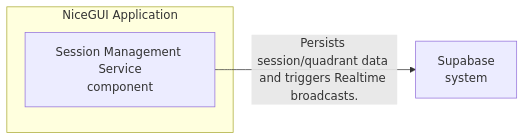
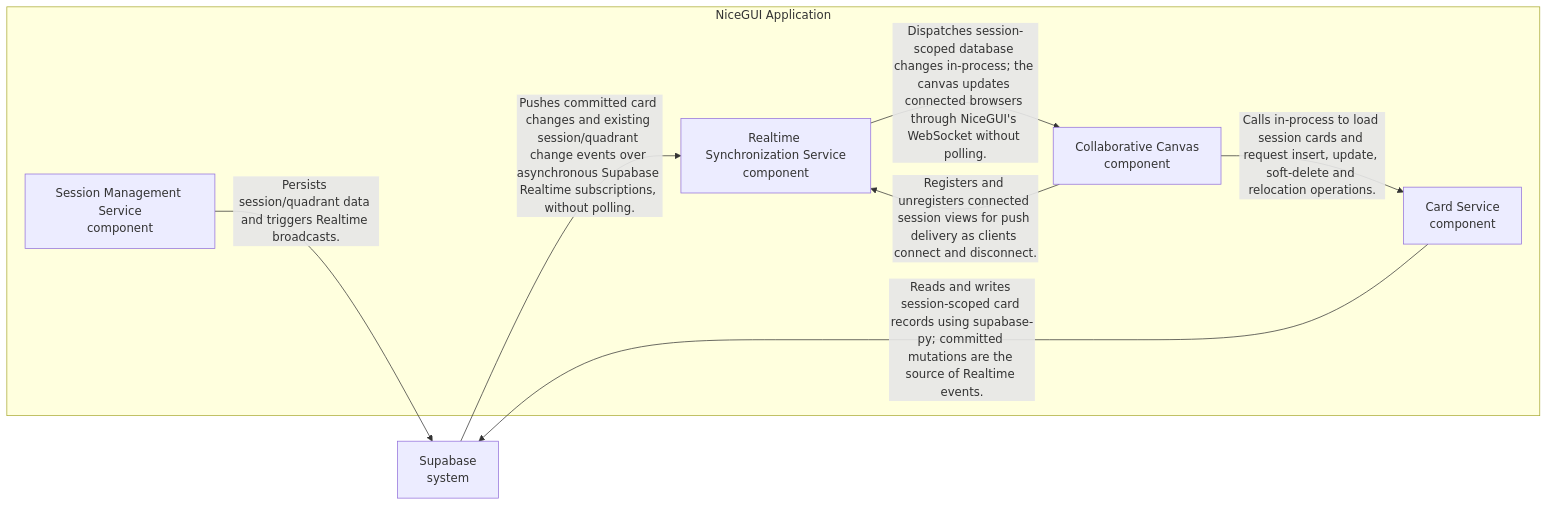
The third of 3 diagrams in docs/architecture.md (marsie-labs/quadra), drawn with Mermaid before and after one commit. The commit also changed other lines of this file and 1 other file, not shown here.

Commit message:
docs(architecture): apply SPEC-0002 (workflow 14c9ea5dac3944889d932d7353ef2e92)

````diff
--- a/docs/architecture.md
+++ b/docs/architecture.md
@@ -72,11 +74,19 @@
 ```mermaid
 flowchart LR
 classDef added fill:#c8f7c5,stroke:#2e7d32
 classDef changed fill:#fff3b0,stroke:#b59f00
 classDef removed fill:#f8c8c8,stroke:#c62828
 subgraph quadra_app["NiceGUI Application"]
   session_service["Session Management Service<br/>component"]
+  card_service["Card Service<br/>component"]
+  realtime_service["Realtime Synchronization Service<br/>component"]
+  collaborative_canvas["Collaborative Canvas<br/>component"]
 end
 supabase["Supabase<br/>system"]
-session_service -->|Persists session/quadrant data and triggers Realtime broadcasts.| supabase
+session_service -->|"Persists session/quadrant data and triggers Realtime broadcasts."| supabase
+collaborative_canvas -->|"Calls in-process to load session cards and request insert, update, soft-delete and relocation operations."| card_service
+card_service -->|"Reads and writes session-scoped card records using supabase-py; committed mutations are the source of Realtime events."| supabase
+collaborative_canvas -->|"Registers and unregisters connected session views for push delivery as clients connect and disconnect."| realtime_service
+supabase -->|"Pushes committed card changes and existing session/quadrant change events over asynchronous Supabase Realtime subscriptions, without polling."| realtime_service
+realtime_service -->|"Dispatches session-scoped database changes in-process; the canvas updates connected browsers through NiceGUI's WebSocket without polling."| collaborative_canvas
 ```
````
